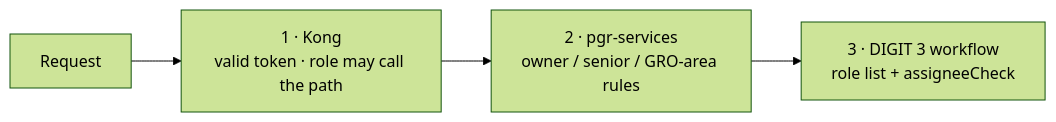
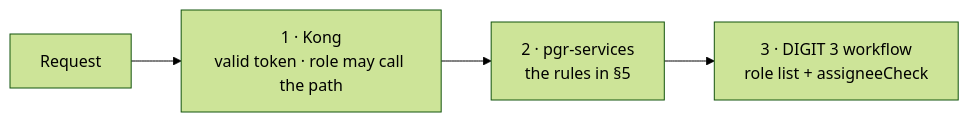
One commit to egovernments/Citizen-Complaint-Resolution-System changed the fourth of 5 diagrams in docs/design/complaint-escalation-and-access.md. Above: the diagram before and after it, drawn with Mermaid (forest theme). The commit also changed other lines of this file, not shown here.

````diff
--- a/docs/design/complaint-escalation-and-access.md
+++ b/docs/design/complaint-escalation-and-access.md
@@ -122,6 +142,6 @@
 ```mermaid
 flowchart LR
   U["Request"] --> K["1 · Kong<br/>valid token · role may call the path"]
-  K --> P["2 · pgr-services<br/>owner / senior / GRO-area rules"]
+  K --> P["2 · pgr-services<br/>the rules in §5"]
   P --> W["3 · DIGIT 3 workflow<br/>role list + assigneeCheck"]
 ```
````
